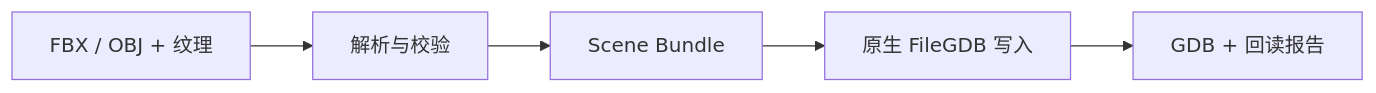
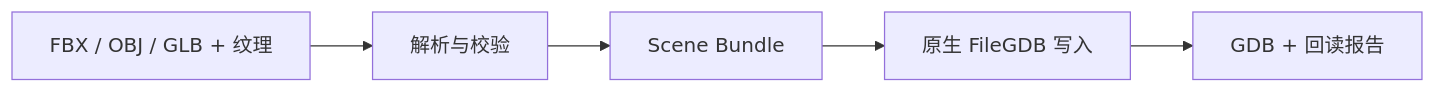
One commit to jasper-gis/GeoModelBridge changed the diagram in README.md. Above: the diagram before and after it, drawn with Mermaid. The commit also changed other lines of this file and 40 other files, not shown here.

````diff
--- a/README.md
+++ b/README.md
@@ -36,7 +38,7 @@
 ```mermaid
 flowchart LR
-    A[FBX / OBJ + 纹理] --> B[解析与校验]
+    A[FBX / OBJ / GLB + 纹理] --> B[解析与校验]
     B --> C[Scene Bundle]
     C --> D[原生 FileGDB 写入]
     D --> E[GDB + 回读报告]
 ```
````
